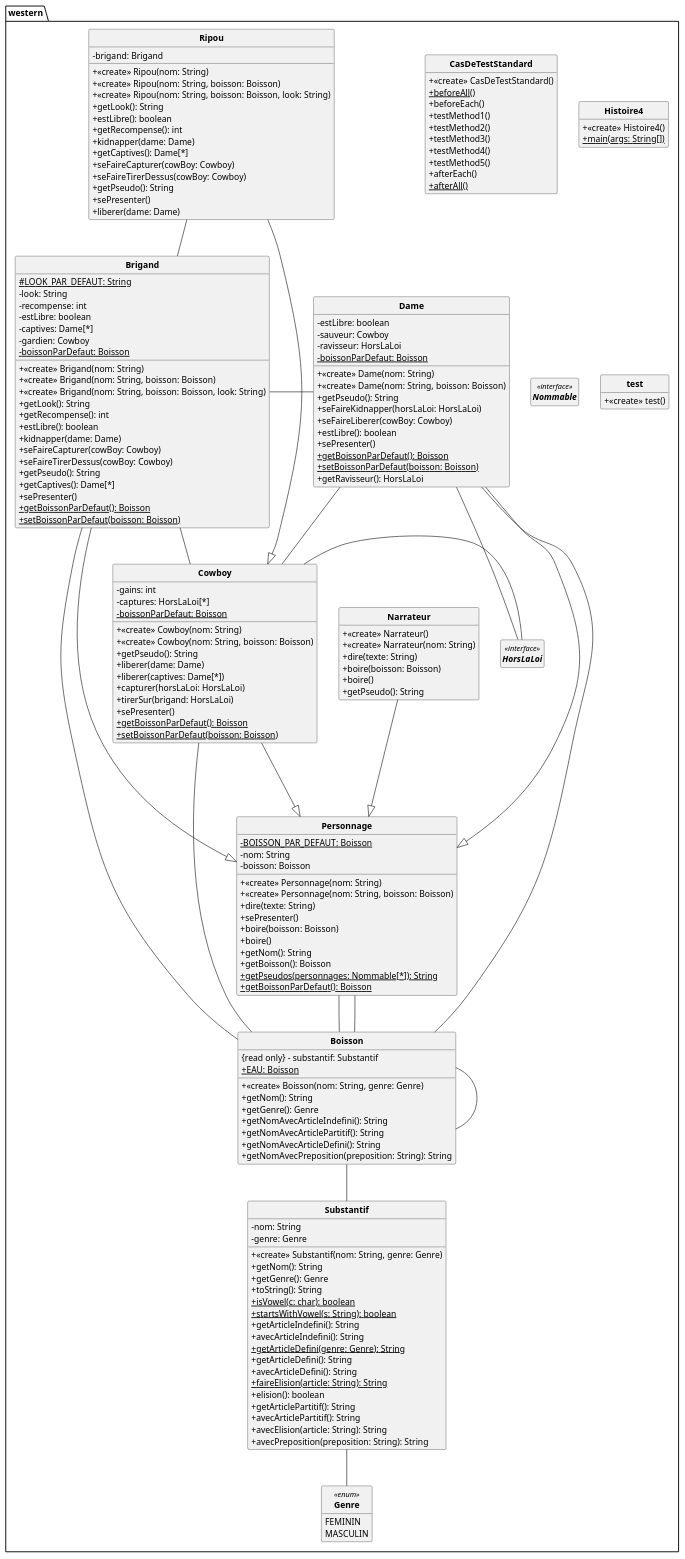
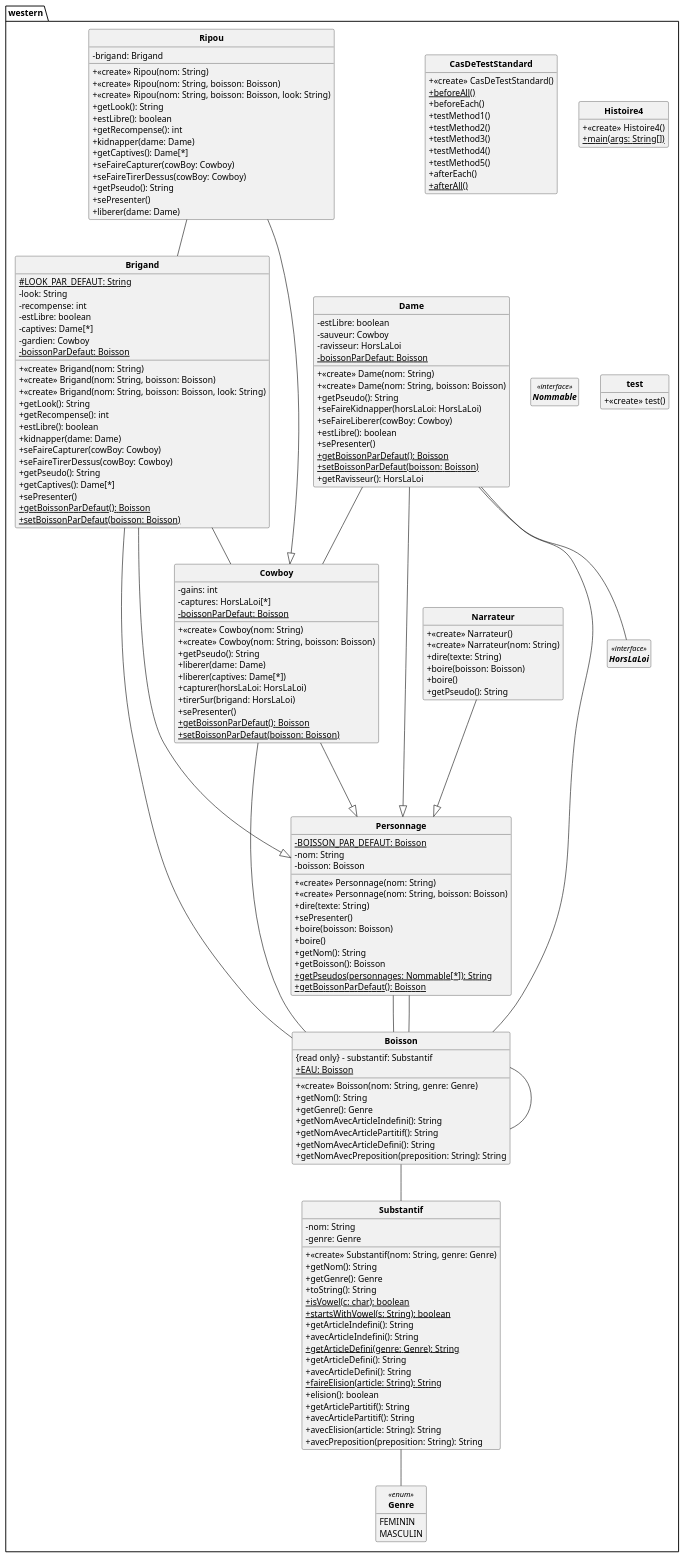
One commit to SylvainSchaefer/Java-to-PUML changed the diagram in src/pumlFromJava/DC_Western.puml. Above: the diagram before and after it, drawn with PlantUML. The commit also changed 5 other files, not shown here.

```diff
--- a/src/pumlFromJava/DC_Western.puml
+++ b/src/pumlFromJava/DC_Western.puml
@@ -46,7 +46,6 @@
 {static} + setBoissonParDefaut(boisson: Boisson)
 
 }
-western.Brigand - western.Dame
 western.Brigand -- western.Cowboy
 western.Brigand -- western.Boisson
 
@@ -82,7 +81,6 @@
 {static} + setBoissonParDefaut(boisson: Boisson)
 
 }
-western.Cowboy - western.HorsLaLoi
 western.Cowboy -- western.Boisson
 
 western.Cowboy ---|> western.Personnage
```
